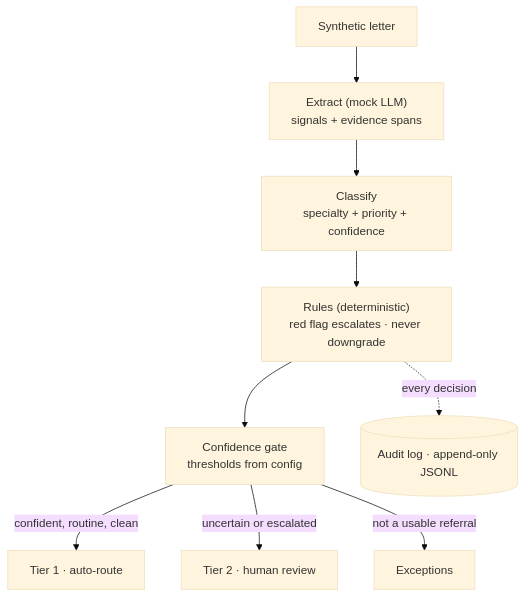
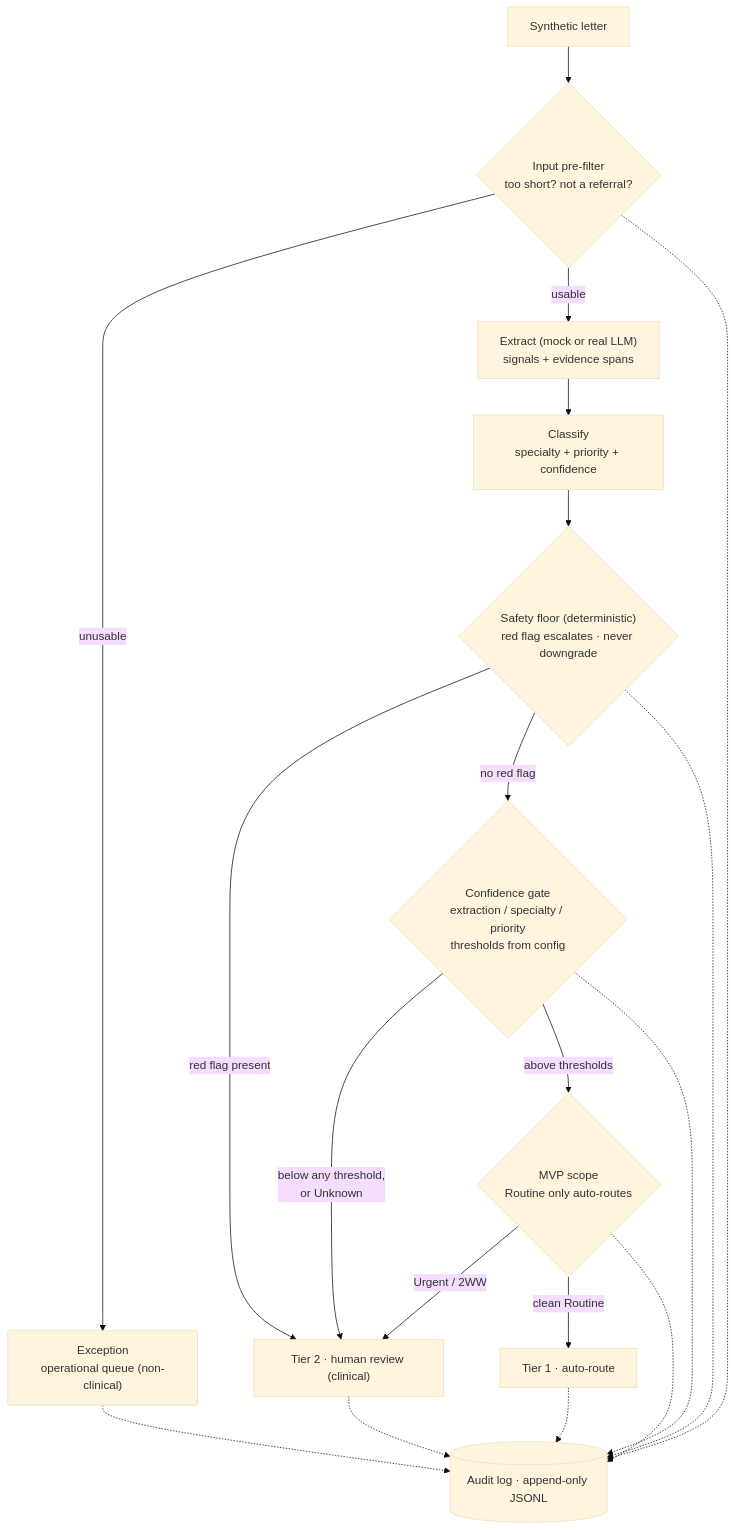
Before and after one commit to PreetiKharb/nhs-referral-triage: the diagram in README.md, drawn with Mermaid (base theme). The commit also changed other lines of this file and 6 other files, not shown here.

Commit message:
Add real LLM extraction backend behind schema contract; document coupling finding and refine pipeline diagram

````diff
--- a/README.md
+++ b/README.md
@@ -13,11 +13,22 @@
 ```mermaid
 flowchart TD
-    L[Synthetic letter] --> E["Extract (mock LLM)\nsignals + evidence spans"]
+    L[Synthetic letter] --> P{"Input pre-filter\ntoo short? not a referral?"}
+    P -->|unusable| EX["Exception\noperational queue (non-clinical)"]
+    P -->|usable| E["Extract (mock or real LLM)\nsignals + evidence spans"]
     E --> C["Classify\nspecialty + priority + confidence"]
-    C --> R["Rules (deterministic)\nred flag escalates · never downgrade"]
-    R --> G["Confidence gate\nthresholds from config"]
-    G -->|confident, routine, clean| T1[Tier 1 · auto-route]
-    G -->|uncertain or escalated| T2[Tier 2 · human review]
-    G -->|not a usable referral| EX[Exceptions]
-    R -.every decision.-> A[(Audit log · append-only JSONL)]
+    C --> S{"Safety floor (deterministic)\nred flag escalates · never downgrade"}
+    S -->|red flag present| T2
+    S -->|no red flag| G{"Confidence gate\nextraction / specialty / priority\nthresholds from config"}
+    G -->|below any threshold,\nor Unknown| T2
+    G -->|above thresholds| M{"MVP scope\nRoutine only auto-routes"}
+    M -->|Urgent / 2WW| T2
+    M -->|clean Routine| T1["Tier 1 · auto-route"]
+    T2["Tier 2 · human review (clinical)"]
+    P -.-> A[(Audit log · append-only JSONL)]
+    S -.-> A
+    G -.-> A
+    M -.-> A
+    EX -.-> A
+    T1 -.-> A
+    T2 -.-> A
 ```
````
